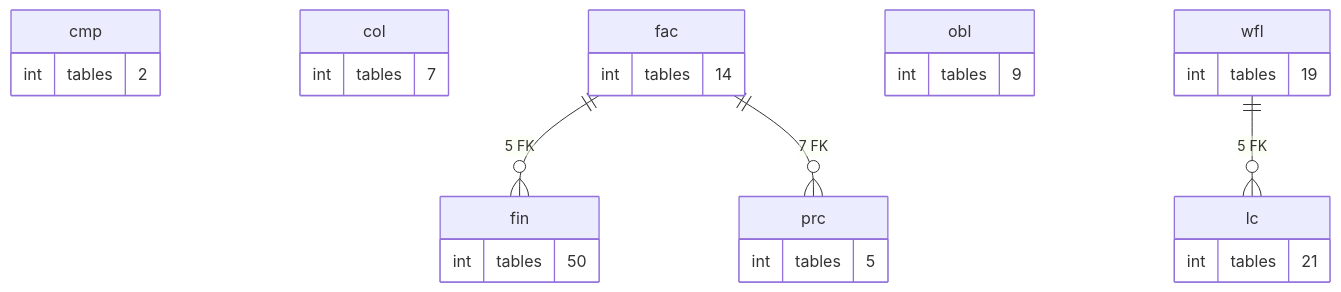
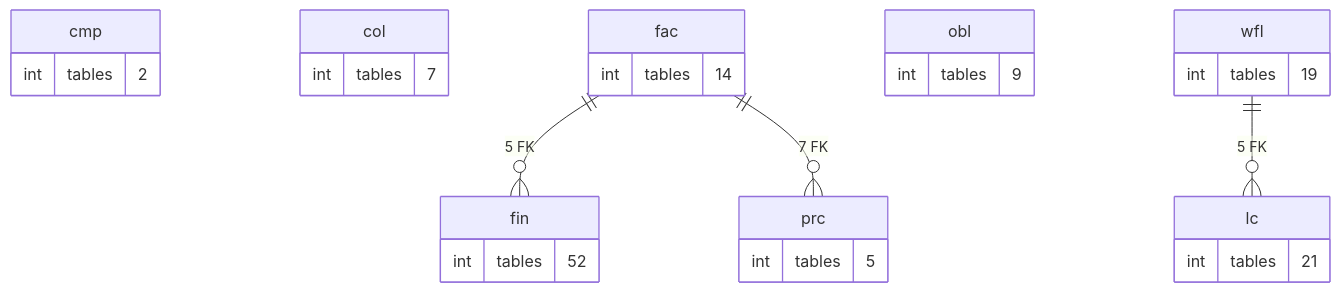
Before and after one commit to thawrasy/smartlines: the diagram in treasury-platform/docs/diagrams/erd/schema_map_2.mmd, drawn with Mermaid. The commit also changed 126 other files, not shown here.

```diff
--- a/treasury-platform/docs/diagrams/erd/schema_map_2.mmd
+++ b/treasury-platform/docs/diagrams/erd/schema_map_2.mmd
@@ -1,29 +1,29 @@
 %% التسهيلات والعمليات: التسعير والضمانات والالتزامات والبيانات المالية والطلبات والاعتمادات: العلاقة = عدد المفاتيح الأجنبية بين المخططين (≥ 5)
 erDiagram
   cmp {
     int tables "2"
   }
   col {
     int tables "7"
   }
   fac {
     int tables "14"
   }
   fin {
-    int tables "50"
+    int tables "52"
   }
   lc {
     int tables "21"
   }
   obl {
     int tables "9"
   }
   prc {
     int tables "5"
   }
   wfl {
     int tables "19"
   }
   fac ||--o{ fin : "5 FK"
   fac ||--o{ prc : "7 FK"
   wfl ||--o{ lc : "5 FK"
```
